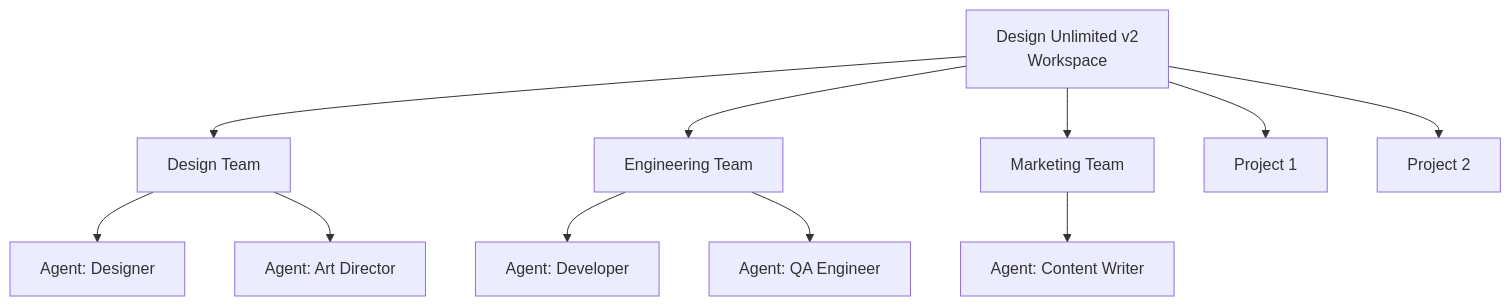
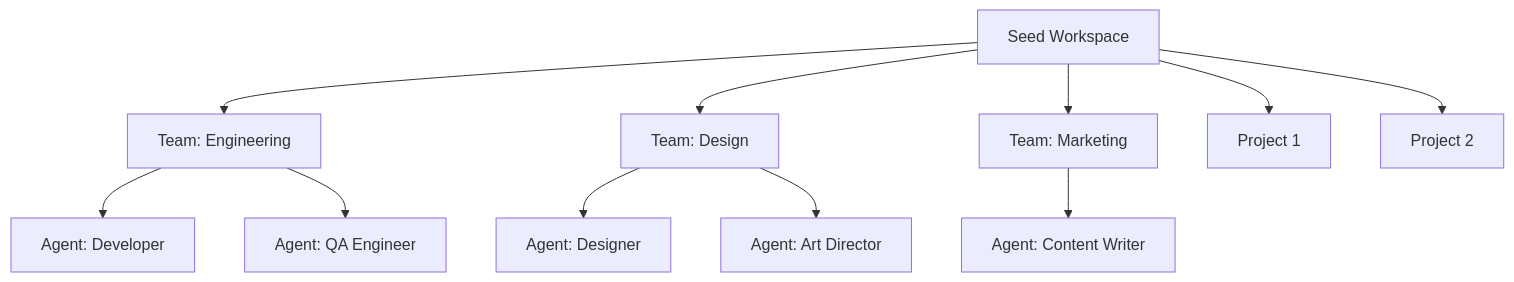
Before and after one commit to pde-rent/monokeros: the first of 2 diagrams in docs/getting-started/quick-start.md, drawn with Mermaid. The commit also changed other lines of this file and 50 other files, not shown here.

````diff
--- a/docs/getting-started/quick-start.md
+++ b/docs/getting-started/quick-start.md
@@ -22,13 +22,13 @@
 ```mermaid
 graph TD
-    W[Design Unlimited v2<br/>Workspace] --> T1[Design Team]
-    W --> T2[Engineering Team]
-    W --> T3[Marketing Team]
-    T1 --> A1[Agent: Designer]
-    T1 --> A2[Agent: Art Director]
-    T2 --> A3[Agent: Developer]
-    T2 --> A4[Agent: QA Engineer]
-    T3 --> A5[Agent: Content Writer]
-    W --> P1[Project 1]
-    W --> P2[Project 2]
+    W["Seed Workspace"] --> T1["Team: Engineering"]
+    W --> T2["Team: Design"]
+    W --> T3["Team: Marketing"]
+    T1 --> A1["Agent: Developer"]
+    T1 --> A2["Agent: QA Engineer"]
+    T2 --> A3["Agent: Designer"]
+    T2 --> A4["Agent: Art Director"]
+    T3 --> A5["Agent: Content Writer"]
+    W --> P1["Project 1"]
+    W --> P2["Project 2"]
 ```
````
